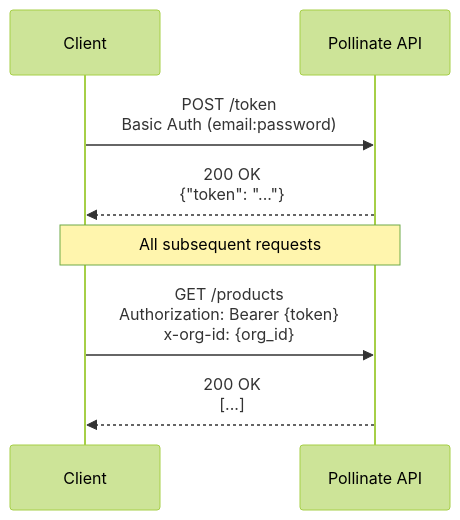
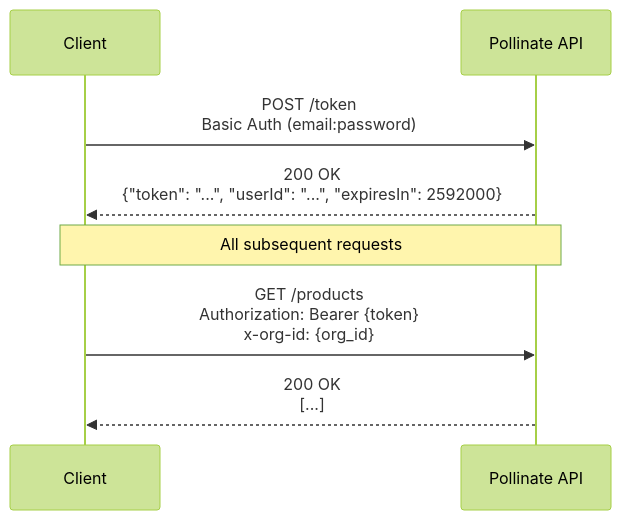
Before and after one commit to Pollinate-Core/docs: the diagram in guides/authentication.mdx, drawn with Mermaid (forest theme). The commit also changed other lines of this file and 4 other files, not shown here.

````diff
--- a/guides/authentication.mdx
+++ b/guides/authentication.mdx
@@ -15,13 +15,13 @@
 ```mermaid
 sequenceDiagram
     participant Client
     participant API as Pollinate API
     
     Client->>API: POST /token<br/>Basic Auth (email:password)
-    API-->>Client: 200 OK<br/>{"token": "..."}
+    API-->>Client: 200 OK<br/>{"token": "...", "userId": "...", "expiresIn": 2592000}
     
     Note over Client,API: All subsequent requests
     
     Client->>API: GET /products<br/>Authorization: Bearer {token}<br/>x-org-id: {org_id}
     API-->>Client: 200 OK<br/>[...]
 ```
````
